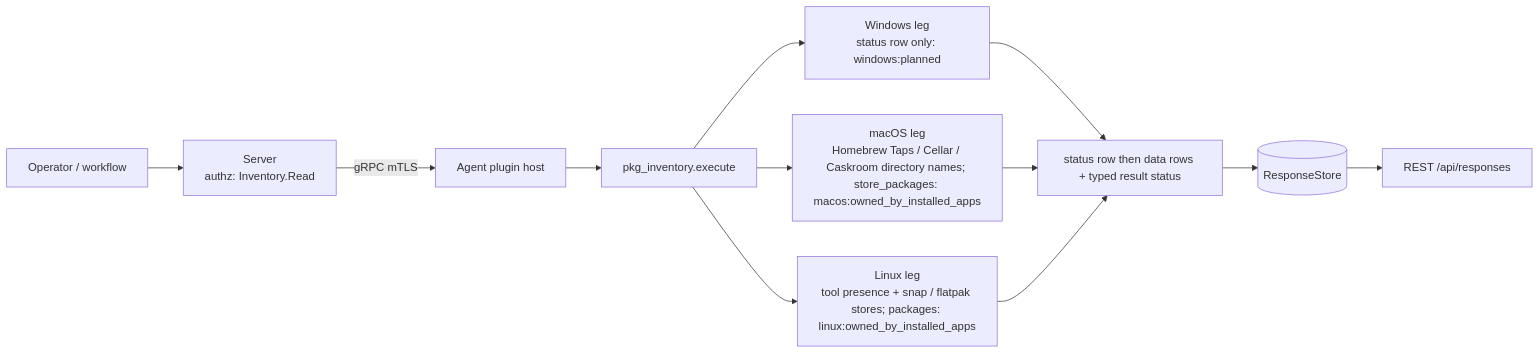
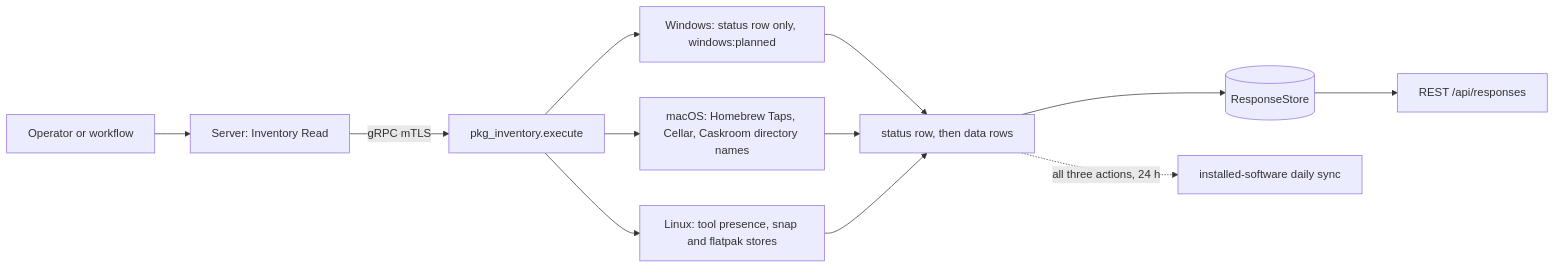
One commit to DevNullLtd/Yuzu changed the first of 3 diagrams in agents/plugins/pkg_inventory/README.md. Above: the diagram before and after it, drawn with Mermaid. The commit also changed other lines of this file and 5 other files, not shown here.

Commit message:
docs(plugins): refresh the app_usage, msi_packages and pkg_inventory READMEs

````diff
--- a/agents/plugins/pkg_inventory/README.md
+++ b/agents/plugins/pkg_inventory/README.md
@@ -19,9 +26,13 @@
 ```mermaid
 flowchart LR
-  OP[Operator / workflow] --> SRV[Server<br/>authz: Inventory.Read]
-  SRV -- gRPC mTLS --> HOST[Agent plugin host] --> EX[pkg_inventory.execute]
-  EX --> WIN[Windows leg<br/>status row only: windows:planned]
-  EX --> MAC[macOS leg<br/>Homebrew Taps / Cellar / Caskroom directory names; store_packages: macos:owned_by_installed_apps]
-  EX --> LIN[Linux leg<br/>tool presence + snap / flatpak stores; packages: linux:owned_by_installed_apps]
-  WIN & MAC & LIN --> ROWS[status row then data rows + typed result status] --> RS[(ResponseStore)] --> API[REST /api/responses]
+  OP["Operator or workflow"] --> SRV["Server: Inventory Read"]
+  SRV -->|"gRPC mTLS"| EX["pkg_inventory.execute"]
+  EX --> WIN["Windows: status row only, windows:planned"]
+  EX --> MAC["macOS: Homebrew Taps, Cellar, Caskroom directory names"]
+  EX --> LIN["Linux: tool presence, snap and flatpak stores"]
+  WIN --> ROWS["status row, then data rows"]
+  MAC --> ROWS
+  LIN --> ROWS
+  ROWS --> RS[("ResponseStore")] --> API["REST /api/responses"]
+  ROWS -.->|"all three actions, 24 h"| SYNC["installed-software daily sync"]
 ```
````
